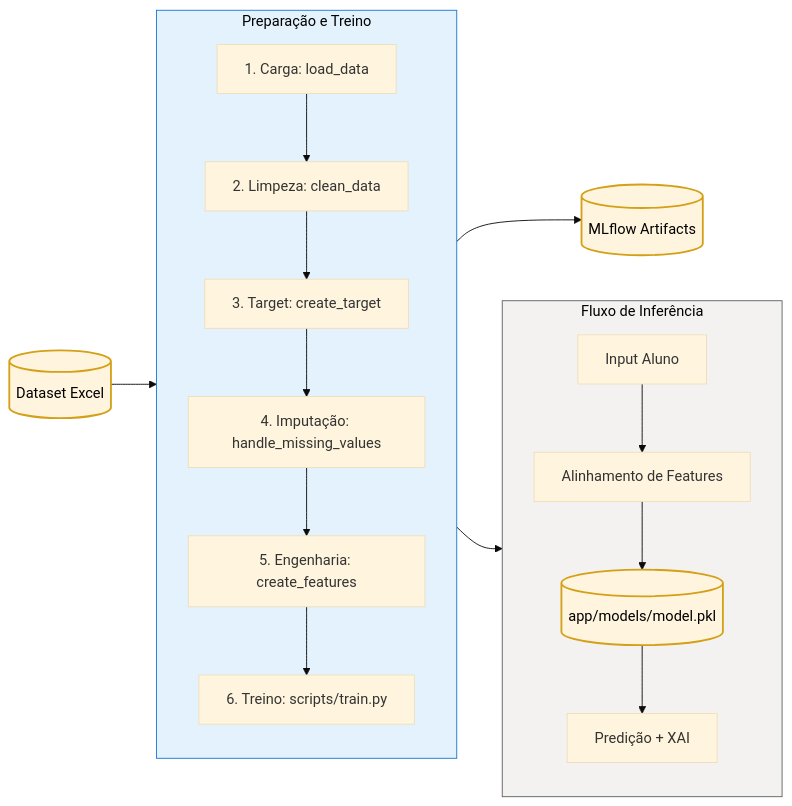
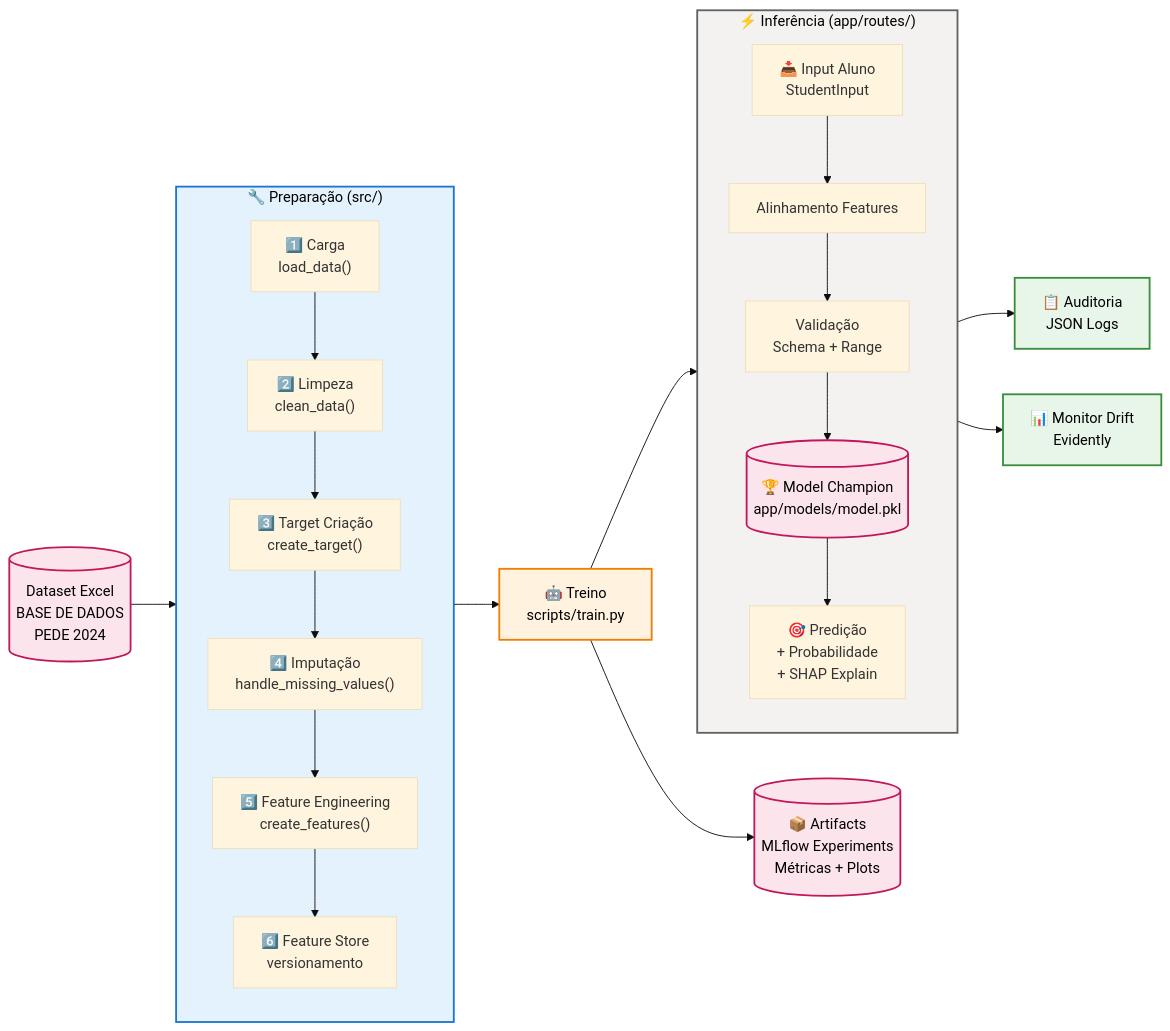
Before and after one commit to Fiap-Pos-tech-5MLET/fase-5: the second of 4 diagrams in README.md, drawn with Mermaid (base theme). The commit also changed other lines of this file, not shown here.

Commit message:
docs: enhance architecture section in README with detailed stack and flow diagrams

````diff
--- a/README.md
+++ b/README.md
@@ -169,36 +200,48 @@
 ```mermaid
 flowchart LR
-    %% Fontes de Dados
-    Data[(Dataset Excel)] --> Load[1. Carga: load_data]
+    %% Entrada de Dados
+    Data[(Dataset Excel<br/>BASE DE DADOS<br/>PEDE 2024)] --> Load["1️⃣ Carga<br/>load_data()"]
     
-    %% Etapas de Processamento (Conforme src/)
-    subgraph Prep [Preparação e Treino]
+    %% Etapas de Preparação
+    subgraph Prep ["🔧 Preparação (src/)"]
         direction TB
-        Load --> Clean[2. Limpeza: clean_data]
-        Clean --> Target[3. Target: create_target]
-        Target --> Missing[4. Imputação: handle_missing_values]
-        Missing --> Feature[5. Engenharia: create_features]
-        Feature --> Train[6. Treino: scripts/train.py]
+        Load --> Clean["2️⃣ Limpeza<br/>clean_data()"]
+        Clean --> Target["3️⃣ Target Criação<br/>create_target()"]
+        Target --> Missing["4️⃣ Imputação<br/>handle_missing_values()"]
+        Missing --> Feature["5️⃣ Feature Engineering<br/>create_features()"]
+        Feature --> Store["6️⃣ Feature Store<br/>versionamento"]
     end
 
+    %% Treino
+    Store --> Train["🤖 Treino<br/>scripts/train.py"]
+    
     %% Artefatos
-    Train --> Champion[(app/models/model.pkl)]
-    Train --> MLflow[(MLflow Artifacts)]
+    Train --> Champion[(🏆 Model Champion<br/>app/models/model.pkl)]
+    Train --> Artifacts[(📦 Artifacts<br/>MLflow Experiments<br/>Métricas + Plots)]
 
-    %% Ciclo de Predição (Conforme predict_route.py)
-    subgraph Predict [Fluxo de Inferência]
+    %% Ciclo de Inferência
+    subgraph Predict ["⚡ Inferência (app/routes/)"]
         direction TB
-        Input[Input Aluno] --> Align[Alinhamento de Features]
-        Align --> Champion
-        Champion --> Result[Predição + XAI]
+        Input["📥 Input Aluno<br/>StudentInput"] --> Align["Alinhamento Features"]
+        Align --> Validation["Validação<br/>Schema + Range"]
+        Validation --> Champion
+        Champion --> Result["🎯 Predição<br/>+ Probabilidade<br/>+ SHAP Explain"]
     end
 
+    %% Monitoramento
+    Result --> Audit["📋 Auditoria<br/>JSON Logs"]
+    Result --> Drift["📊 Monitor Drift<br/>Evidently"]
+
     %% Estilização
-    classDef step_first fill:#e3f2fd,stroke:#1976d2,stroke-width:1px,color:#000;
-    classDef step_second fill:#f3f2f1,stroke:#616161,stroke-width:1px,color:#000;
-    classDef dbs fill:#fff4dd,stroke:#d4a017,stroke-width:2px,color:#000;
+    classDef prep fill:#e3f2fd,stroke:#1976d2,stroke-width:2px,color:#000;
+    classDef predict fill:#f3f2f1,stroke:#616161,stroke-width:2px,color:#000;
+    classDef train fill:#fff3e0,stroke:#f57c00,stroke-width:2px,color:#000;
+    classDef monitor fill:#e8f5e9,stroke:#388e3c,stroke-width:2px,color:#000;
+    classDef dbs fill:#fce4ec,stroke:#c2185b,stroke-width:2px,color:#000;
 
-    class Prep step_first;
-    class Predict step_second;
-    class Data,Champion,MLflow dbs;
+    class Prep prep;
+    class Predict predict;
+    class Train train;
+    class Audit,Drift monitor;
+    class Data,Champion,Artifacts dbs;
 ```
````
